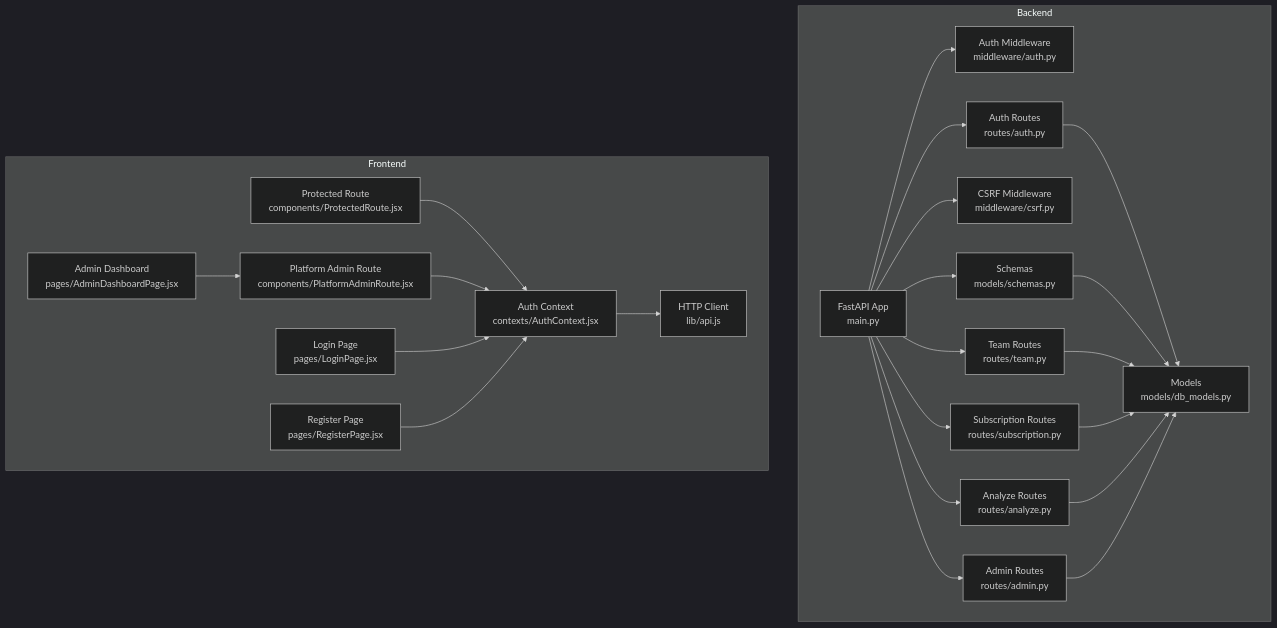
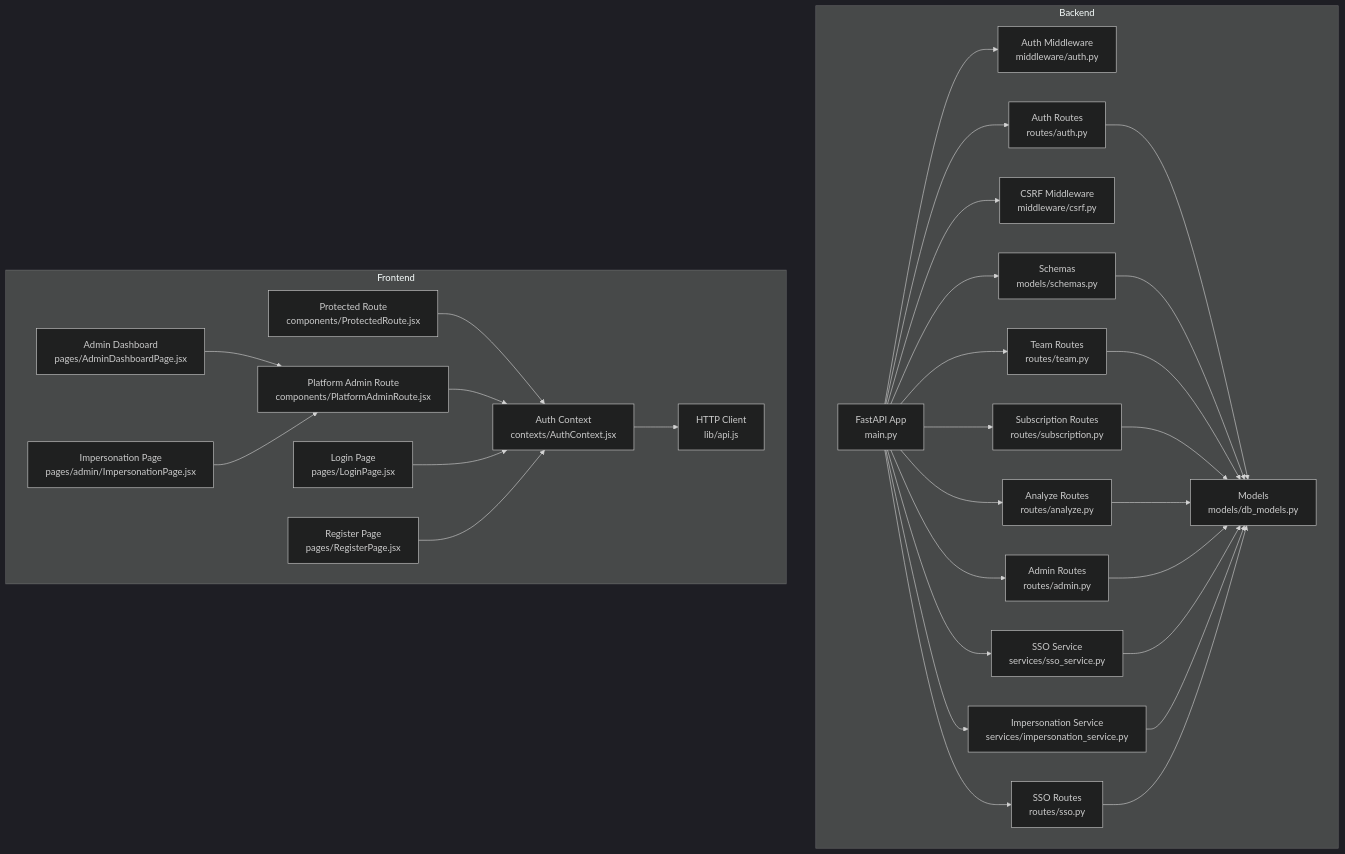
Before and after one commit to Revanththetalogics/aireume: the first of 16 diagrams in .qoder/repowiki/en/content/Authentication & Authorization/Authentication & Authorization.md, drawn with Mermaid (dark theme). The commit also changed other lines of this file and 14 other files, not shown here.

````diff
--- a/.qoder/repowiki/en/content/Authentication & Authorization/Authentication & Authorization.md
+++ b/.qoder/repowiki/en/content/Authentication & Authorization/Authentication & Authorization.md
@@ -51,44 +56,55 @@
 ```mermaid
 graph TB
 subgraph "Backend"
 A["FastAPI App<br/>main.py"]
 B["Auth Middleware<br/>middleware/auth.py"]
 C["Auth Routes<br/>routes/auth.py"]
 D["CSRF Middleware<br/>middleware/csrf.py"]
 E["Models<br/>models/db_models.py"]
 F["Schemas<br/>models/schemas.py"]
 G["Team Routes<br/>routes/team.py"]
 H["Subscription Routes<br/>routes/subscription.py"]
 I["Analyze Routes<br/>routes/analyze.py"]
 J["Admin Routes<br/>routes/admin.py"]
+K["SSO Service<br/>services/sso_service.py"]
+L["Impersonation Service<br/>services/impersonation_service.py"]
+M["SSO Routes<br/>routes/sso.py"]
 end
 subgraph "Frontend"
 X["Auth Context<br/>contexts/AuthContext.jsx"]
 Y["HTTP Client<br/>lib/api.js"]
 Z["Protected Route<br/>components/ProtectedRoute.jsx"]
 AA["Platform Admin Route<br/>components/PlatformAdminRoute.jsx"]
 U["Login Page<br/>pages/LoginPage.jsx"]
 V["Register Page<br/>pages/RegisterPage.jsx"]
 AB["Admin Dashboard<br/>pages/AdminDashboardPage.jsx"]
+AC["Impersonation Page<br/>pages/admin/ImpersonationPage.jsx"]
 end
 A --> B
 A --> C
 A --> D
 A --> F
 A --> G
 A --> H
 A --> I
 A --> J
+A --> K
+A --> L
+A --> M
 C --> E
 F --> E
 G --> E
 H --> E
 I --> E
 J --> E
+K --> E
+L --> E
+M --> E
 X --> Y
 Z --> X
 AA --> X
 U --> X
 V --> X
 AB --> AA
+AC --> AA
 ```
````
